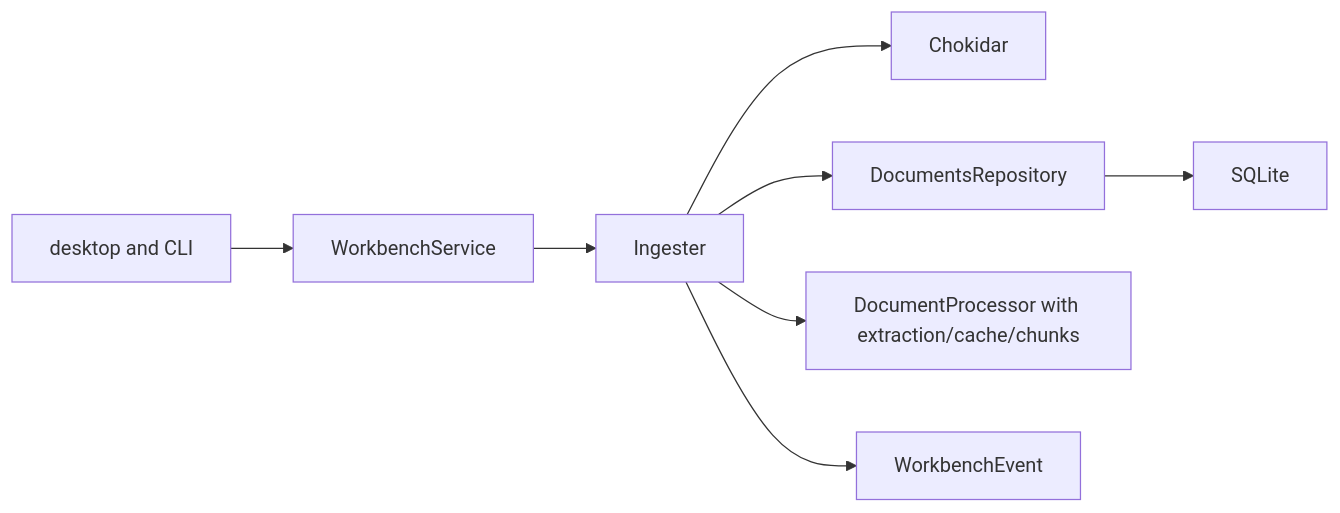
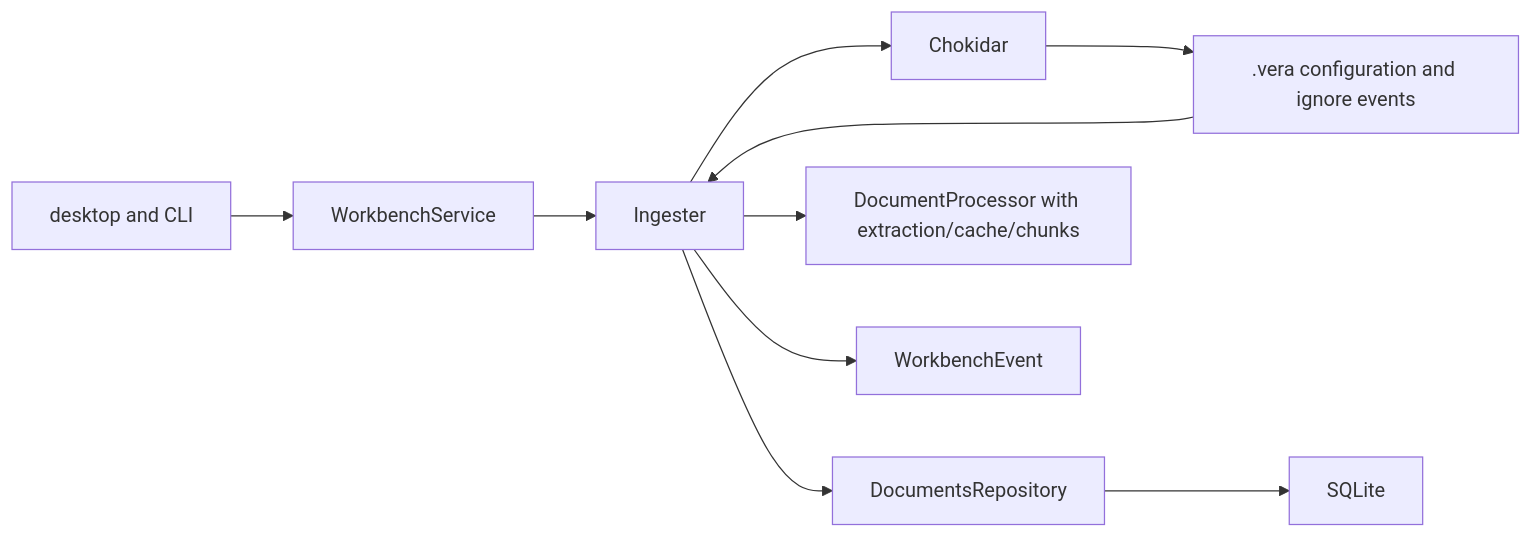
Before and after one commit to DDP-Engineering/2026_Virtual_Embedded_Rig_Assistant: the diagram in .agentic/knowledge/knowledge-ingest.md, drawn with Mermaid. The commit also changed other lines of this file and 834 other files, not shown here.

````diff
--- a/.agentic/knowledge/knowledge-ingest.md
+++ b/.agentic/knowledge/knowledge-ingest.md
@@ -80,10 +84,12 @@
 ```mermaid
 flowchart LR
   Hosts[desktop and CLI] --> WorkbenchService
   WorkbenchService --> Ingester
   Ingester --> Chokidar
+  Chokidar --> Policy[.vera configuration and ignore events]
+  Policy --> Ingester
   Ingester --> DocumentsRepository
   Ingester --> Processor[DocumentProcessor with extraction/cache/chunks]
   Ingester --> WorkbenchEvent
   DocumentsRepository --> SQLite
 ```
````
